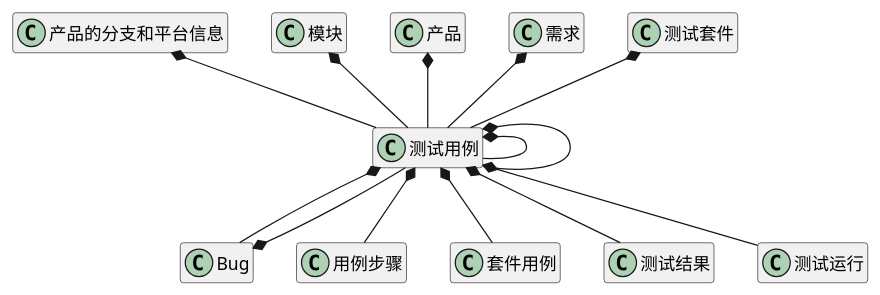
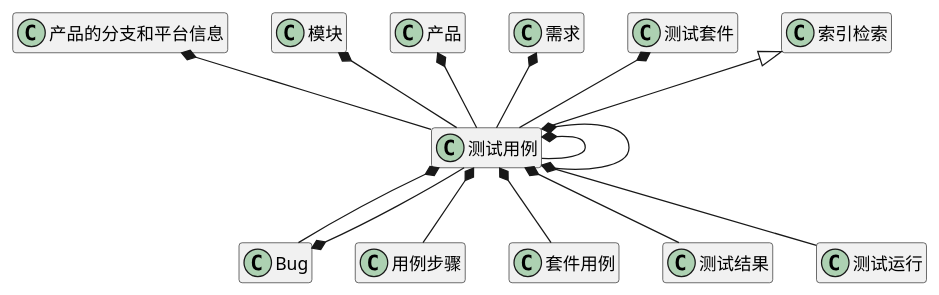
One commit to zj335841911/nt_chandao changed the first of 8 diagrams in ibizpms-docs/src/main/doc/v1/module/zentao/Case_old.md. Above: the diagram before and after it, drawn with PlantUML. The commit also changed 11 other files, not shown here.

```diff
--- a/ibizpms-docs/src/main/doc/v1/module/zentao/Case_old.md
+++ b/ibizpms-docs/src/main/doc/v1/module/zentao/Case_old.md
@@ -6,16 +6,17 @@
 {% plantuml %}
 测试用例 *-- Bug 
 测试用例 *-- 用例步骤 
 测试用例 *-- 测试用例 
 测试用例 *-- 套件用例 
 测试用例 *-- 测试结果 
 测试用例 *-- 测试运行 
 产品的分支和平台信息 *-- 测试用例 
 Bug *-- 测试用例 
 测试用例 *-- 测试用例 
 模块 *-- 测试用例 
 产品 *-- 测试用例 
 需求 *-- 测试用例 
 测试套件 *-- 测试用例 
+索引检索 <|-- 测试用例 
 hide members
 {% endplantuml %}
```
